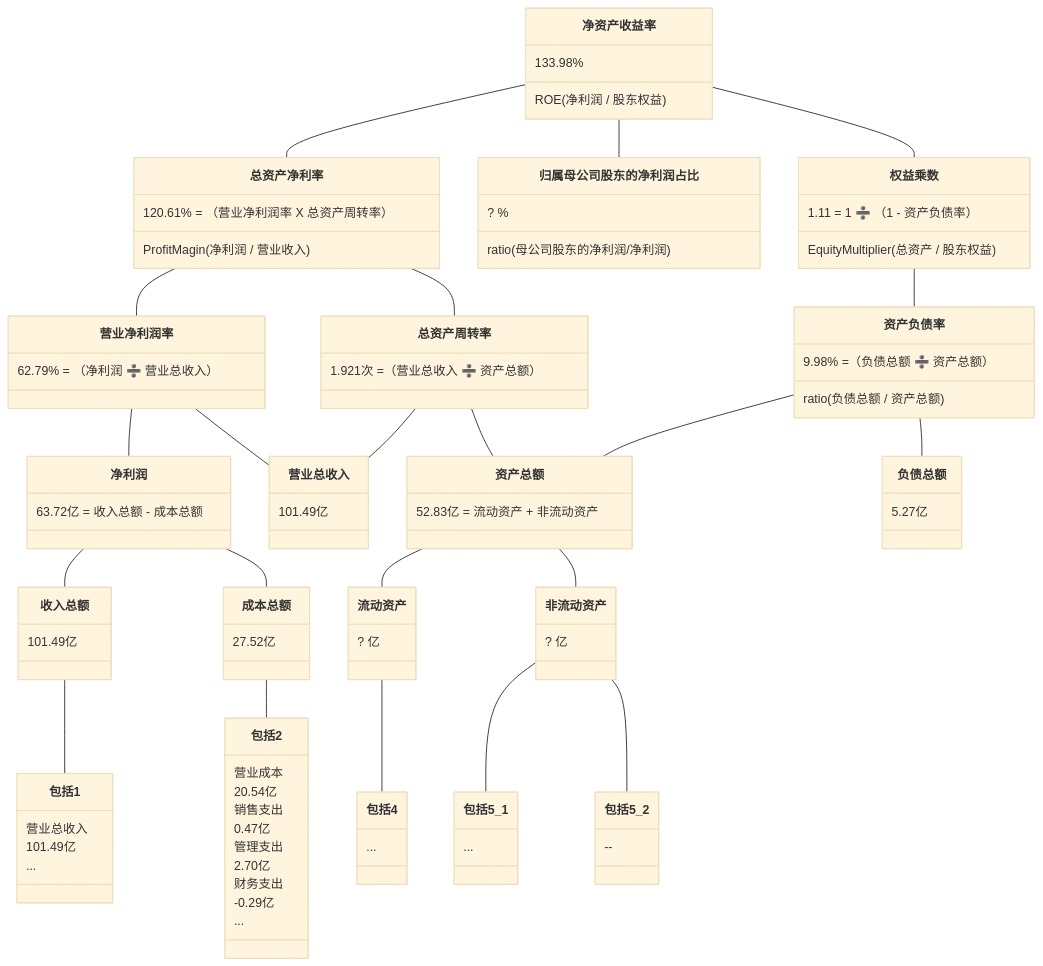
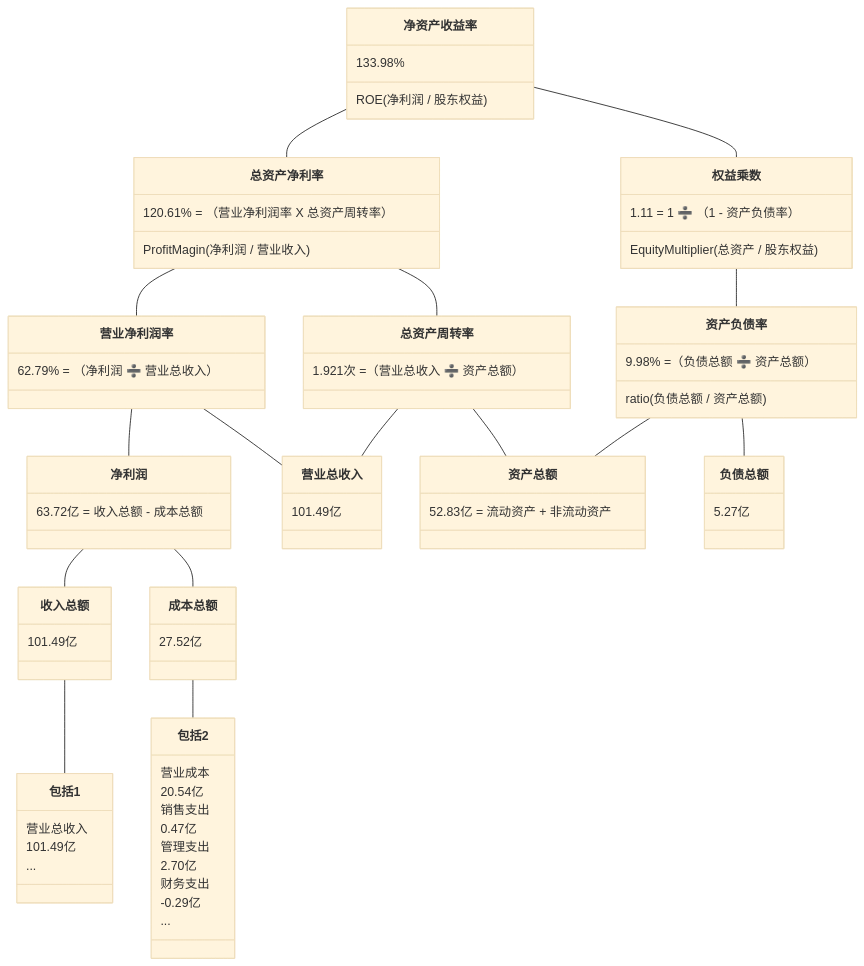
The seventh of 10 diagrams in 2/2.md (TheVeryDarkness/cs410), drawn with Mermaid (base theme) before and after one commit. The commit also changed other lines of this file and 1 other file, not shown here.

````diff
--- a/2/2.md
+++ b/2/2.md
@@ -407,64 +334,51 @@
 ```mermaid
 classDiagram
 净资产收益率 -- 总资产净利率
 	净资产收益率 : 133.98%
 	净资产收益率 : ROE(净利润 /  股东权益)
 	总资产净利率 : 120.61% = （营业净利润率 X 总资产周转率）
 	总资产净利率 : ProfitMagin(净利润 /  营业收入)
-净资产收益率 -- 归属母公司股东的净利润占比
-	归属母公司股东的净利润占比 : ? %
-	归属母公司股东的净利润占比 : ratio(母公司股东的净利润/净利润)
 净资产收益率 -- 权益乘数
 	权益乘数 : 1.11 = 1 ➗ （1 - 资产负债率）
 	权益乘数 : EquityMultiplier(总资产 /  股东权益)
-
+	
 总资产净利率 -- 营业净利润率
 	营业净利润率 : 62.79% = （净利润 ➗ 营业总收入）
 总资产净利率 -- 总资产周转率
 	总资产周转率 : 1.921次 =（营业总收入 ➗ 资产总额）
 权益乘数 -- 资产负债率
 	资产负债率  : 9.98% =（负债总额 ➗ 资产总额）
 	资产负债率  : ratio(负债总额 / 资产总额)
 
 营业净利润率 -- 净利润
 	净利润 : 63.72亿 = 收入总额 - 成本总额
 营业净利润率 -- 营业总收入
 	营业总收入 : 101.49亿
 总资产周转率 -- 营业总收入
 总资产周转率 -- 资产总额
 	资产总额 : 52.83亿 = 流动资产 + 非流动资产
 资产负债率 -- 　负债总额
 	负债总额 : 5.27亿
 资产负债率 -- 　资产总额
 
 
 净利润 -- 收入总额
 	收入总额 : 101.49亿
 净利润 -- 成本总额
 	成本总额 : 27.52亿
-资产总额 -- 流动资产
-	流动资产 : ? 亿
-资产总额 -- 非流动资产
-	非流动资产 : ? 亿
 
 收入总额 -- 包括1
 	包括1 : 营业总收入
 	包括1 : 101.49亿
 	包括1 : ...
 成本总额 -- 包括2
 	包括2 : 营业成本
 	包括2 : 20.54亿
 	包括2 : 销售支出
 	包括2 : 0.47亿
 	包括2 : 管理支出
 	包括2 : 2.70亿
 	包括2 : 财务支出
 	包括2 : -0.29亿
 	包括2 : ...
-流动资产 -- 包括4
-	包括4 : ...
-非流动资产 -- 包括5_1
-	包括5_1 : ...
-非流动资产 -- 包括5_2
-	包括5_2 : --
 ```
````
